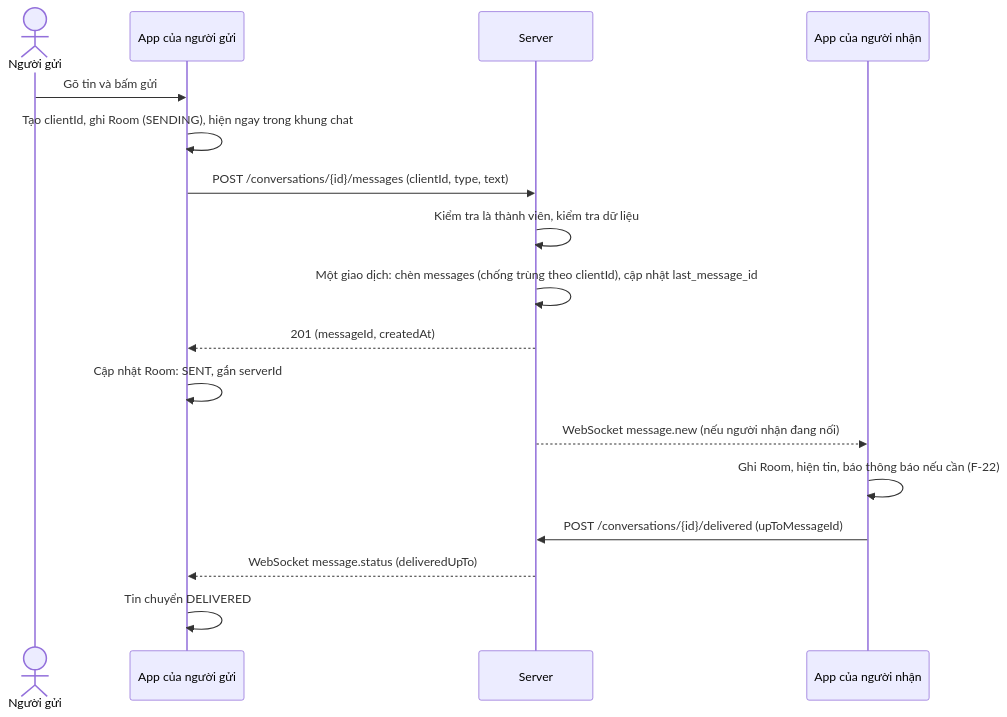
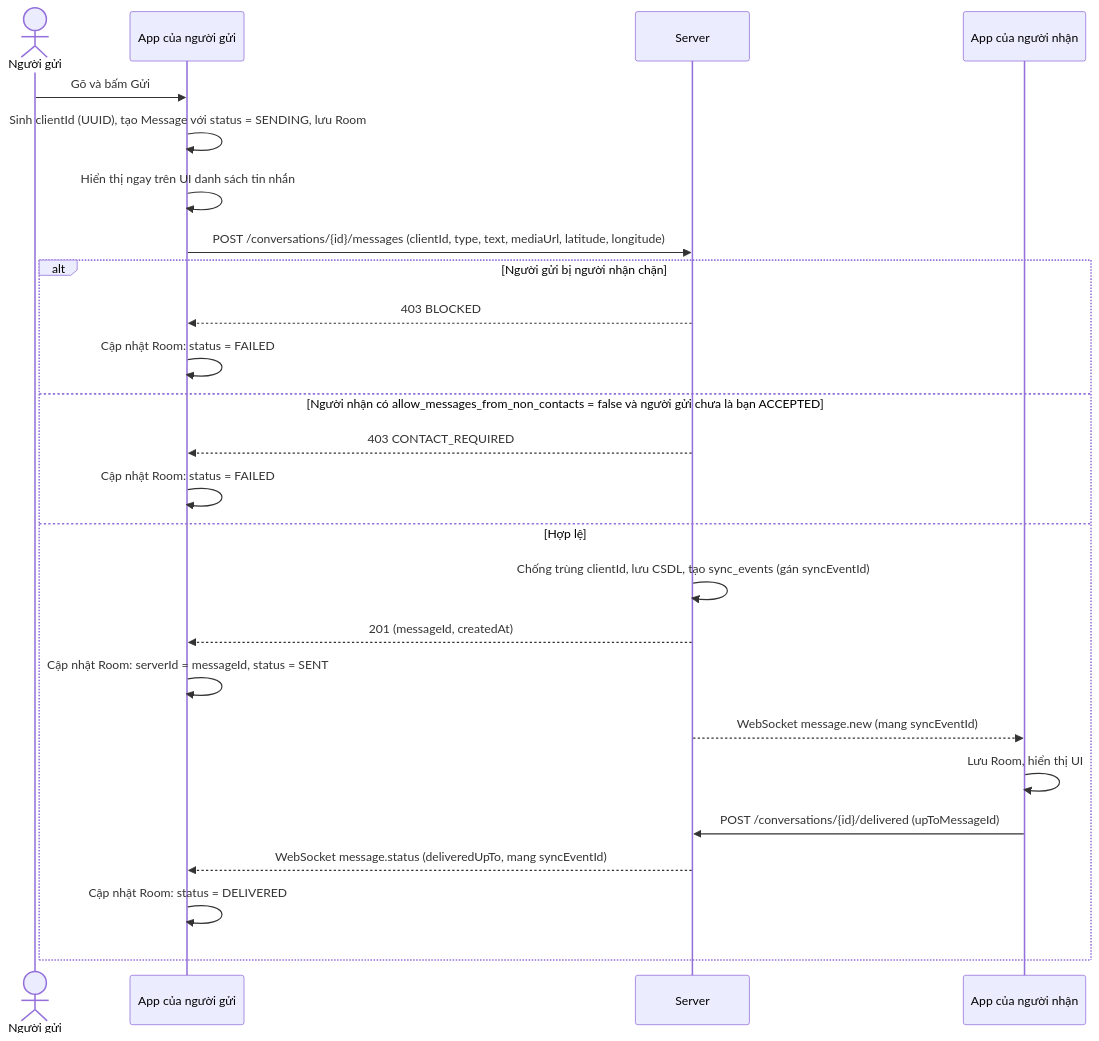
The fifth of 10 diagrams in docs/FLOWS.md (Project-Mobile-TEAM/Project_Mobile), drawn with Mermaid before and after one commit. The commit also changed other lines of this file and 8 other files, not shown here.

Commit message:
docs: complete architecture specifications, API contract and deployment security

````diff
--- a/docs/FLOWS.md
+++ b/docs/FLOWS.md
@@ -212,19 +194,27 @@
 ```mermaid
 sequenceDiagram
     actor U as Người gửi
     participant A as App của người gửi
     participant S as Server
-    participant B as App của người nhận
-    U->>A: Gõ tin và bấm gửi
-    A->>A: Tạo clientId, ghi Room (SENDING), hiện ngay trong khung chat
-    A->>S: POST /conversations/{id}/messages (clientId, type, text)
-    S->>S: Kiểm tra là thành viên, kiểm tra dữ liệu
-    S->>S: Một giao dịch: chèn messages (chống trùng theo clientId), cập nhật last_message_id
-    S-->>A: 201 (messageId, createdAt)
-    A->>A: Cập nhật Room: SENT, gắn serverId
-    S-->>B: WebSocket message.new (nếu người nhận đang nối)
-    B->>B: Ghi Room, hiện tin, báo thông báo nếu cần (F-22)
-    B->>S: POST /conversations/{id}/delivered (upToMessageId)
-    S-->>A: WebSocket message.status (deliveredUpTo)
-    A->>A: Tin chuyển DELIVERED
+    participant R as App của người nhận
+    U->>A: Gõ và bấm Gửi
+    A->>A: Sinh clientId (UUID), tạo Message với status = SENDING, lưu Room
+    A->>A: Hiển thị ngay trên UI danh sách tin nhắn
+    A->>S: POST /conversations/{id}/messages (clientId, type, text, mediaUrl, latitude, longitude)
+    alt Người gửi bị người nhận chặn
+        S-->>A: 403 BLOCKED
+        A->>A: Cập nhật Room: status = FAILED
+    else Người nhận có allow_messages_from_non_contacts = false và người gửi chưa là bạn ACCEPTED
+        S-->>A: 403 CONTACT_REQUIRED
+        A->>A: Cập nhật Room: status = FAILED
+    else Hợp lệ
+        S->>S: Chống trùng clientId, lưu CSDL, tạo sync_events (gán syncEventId)
+        S-->>A: 201 (messageId, createdAt)
+        A->>A: Cập nhật Room: serverId = messageId, status = SENT
+        S-->>R: WebSocket message.new (mang syncEventId)
+        R->>R: Lưu Room, hiển thị UI
+        R->>S: POST /conversations/{id}/delivered (upToMessageId)
+        S-->>A: WebSocket message.status (deliveredUpTo, mang syncEventId)
+        A->>A: Cập nhật Room: status = DELIVERED
+    end
 ```
````
